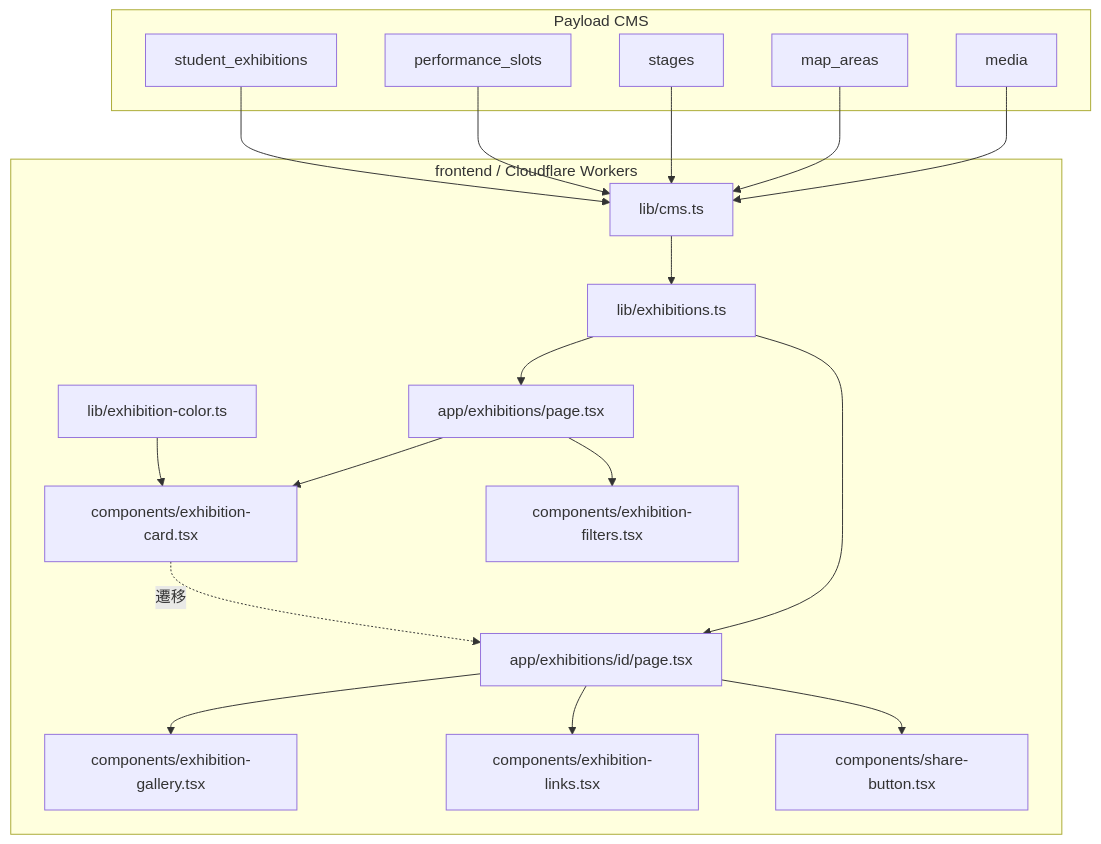
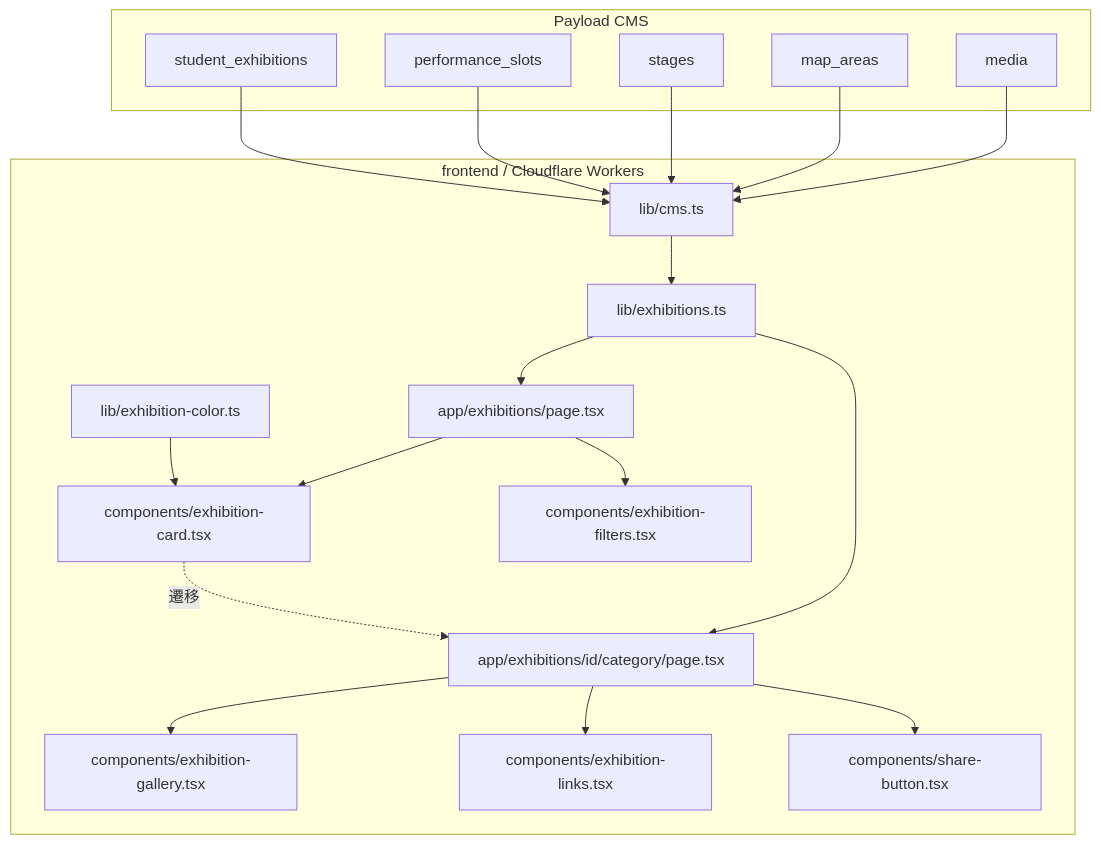
The first of 6 diagrams in .kiro/specs/exhibition-pages/design.md (aramakisai/aramakisai-web), drawn with Mermaid before and after one commit. The commit also changed other lines of this file and 2 other files, not shown here.

````diff
--- a/.kiro/specs/exhibition-pages/design.md
+++ b/.kiro/specs/exhibition-pages/design.md
@@ -79,39 +81,39 @@
 ```mermaid
 graph TD
   subgraph CMS[Payload CMS]
     SE[student_exhibitions]
     PS[performance_slots]
     ST[stages]
     MA[map_areas]
     ME[media]
   end
 
   subgraph FE[frontend / Cloudflare Workers]
     CMSCLIENT[lib/cms.ts]
     EX[lib/exhibitions.ts]
     COLOR[lib/exhibition-color.ts]
     LISTPAGE[app/exhibitions/page.tsx]
-    DETAILPAGE[app/exhibitions/id/page.tsx]
+    DETAILPAGE[app/exhibitions/id/category/page.tsx]
     CARD[components/exhibition-card.tsx]
     FILTERS[components/exhibition-filters.tsx]
     GALLERY[components/exhibition-gallery.tsx]
     LINKS[components/exhibition-links.tsx]
     SHARE[components/share-button.tsx]
   end
 
   SE --> CMSCLIENT
   PS --> CMSCLIENT
   ST --> CMSCLIENT
   MA --> CMSCLIENT
   ME --> CMSCLIENT
   CMSCLIENT --> EX
   EX --> LISTPAGE
   EX --> DETAILPAGE
   COLOR --> CARD
   LISTPAGE --> CARD
   LISTPAGE --> FILTERS
   DETAILPAGE --> GALLERY
   DETAILPAGE --> LINKS
   DETAILPAGE --> SHARE
   CARD -.->|遷移| DETAILPAGE
 ```
````
